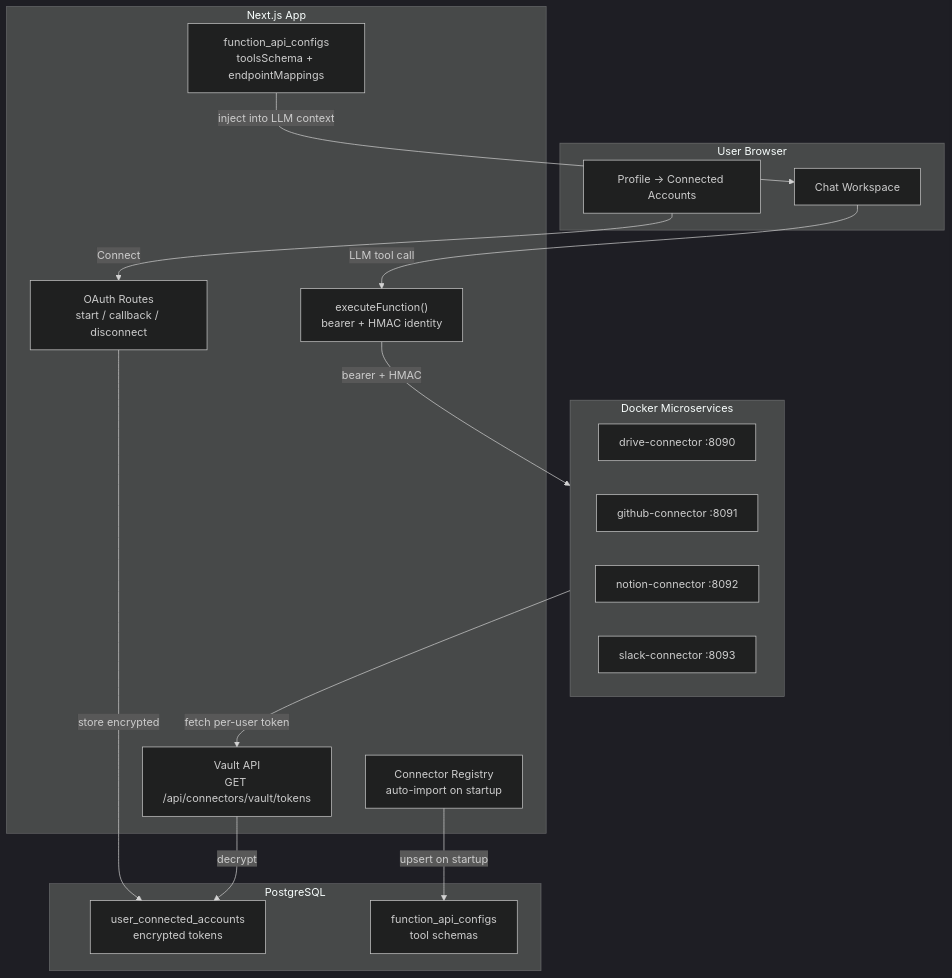
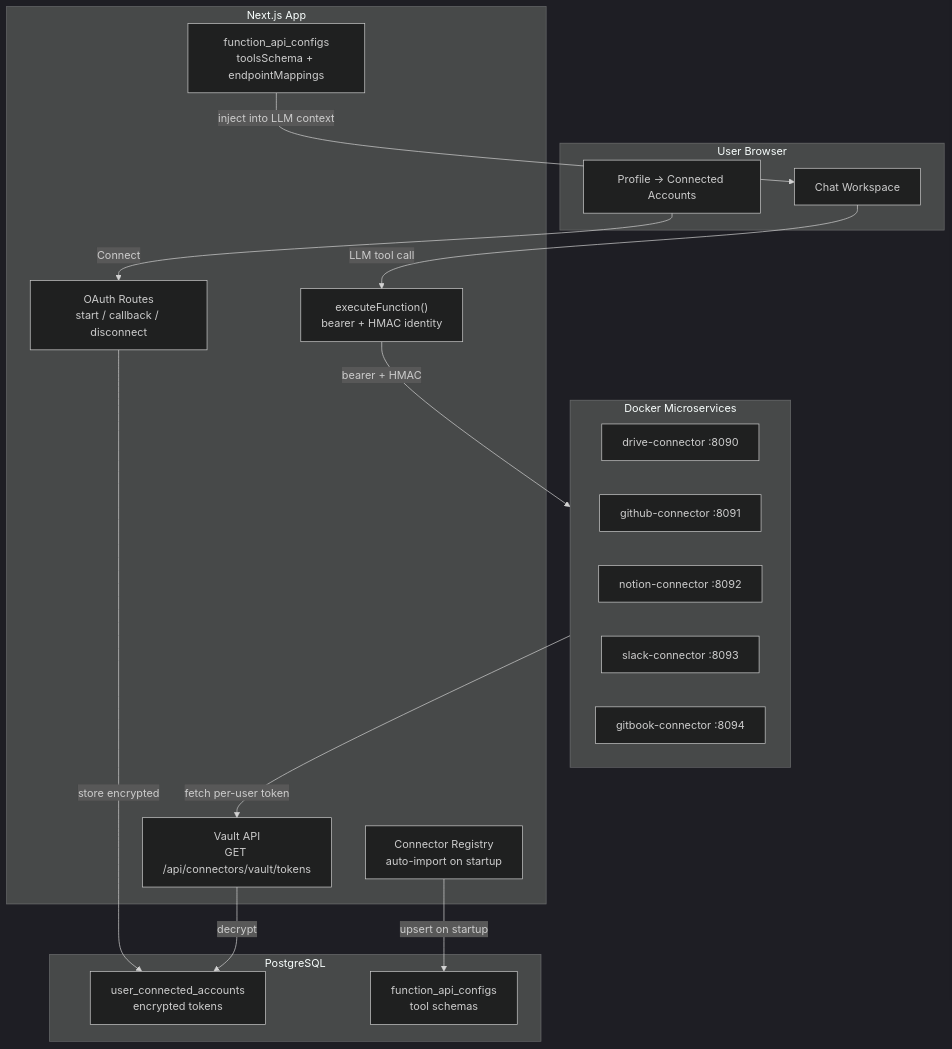
Before and after one commit to abhirupbanerjee/ai-assistant: the diagram in docs/features/connectors.md, drawn with Mermaid (dark theme). The commit also changed other lines of this file and 27 other files, not shown here.

Commit message:
gitbook connector

````diff
--- a/docs/features/connectors.md
+++ b/docs/features/connectors.md
@@ -63,36 +64,37 @@
 ```mermaid
 flowchart TD
     subgraph Browser["User Browser"]
         Profile["Profile → Connected Accounts"]
         Chat["Chat Workspace"]
     end
 
     subgraph App["Next.js App"]
         OAuth["OAuth Routes<br/>start / callback / disconnect"]
         Vault["Vault API<br/>GET /api/connectors/vault/tokens"]
         Registry["Connector Registry<br/>auto-import on startup"]
         FuncAPI["function_api_configs<br/>toolsSchema + endpointMappings"]
         Executor["executeFunction()<br/>bearer + HMAC identity"]
     end
 
     subgraph DB["PostgreSQL"]
         Accounts["user_connected_accounts<br/>encrypted tokens"]
         Configs["function_api_configs<br/>tool schemas"]
     end
 
     subgraph Containers["Docker Microservices"]
         Drive["drive-connector :8090"]
         GitHub["github-connector :8091"]
         Notion["notion-connector :8092"]
         Slack["slack-connector :8093"]
+        GitBook["gitbook-connector :8094"]
     end
 
     Profile -->|"Connect"| OAuth
     OAuth -->|"store encrypted"| Accounts
     Chat -->|"LLM tool call"| Executor
     Executor -->|"bearer + HMAC"| Containers
     Containers -->|"fetch per-user token"| Vault
     Vault -->|"decrypt"| Accounts
     Registry -->|"upsert on startup"| Configs
     FuncAPI -->|"inject into LLM context"| Chat
 ```
````
